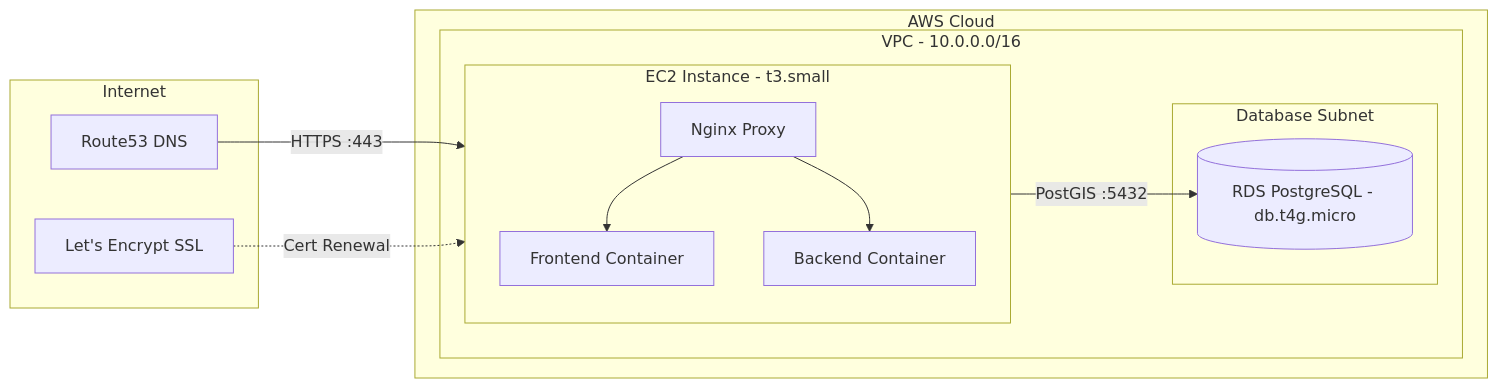
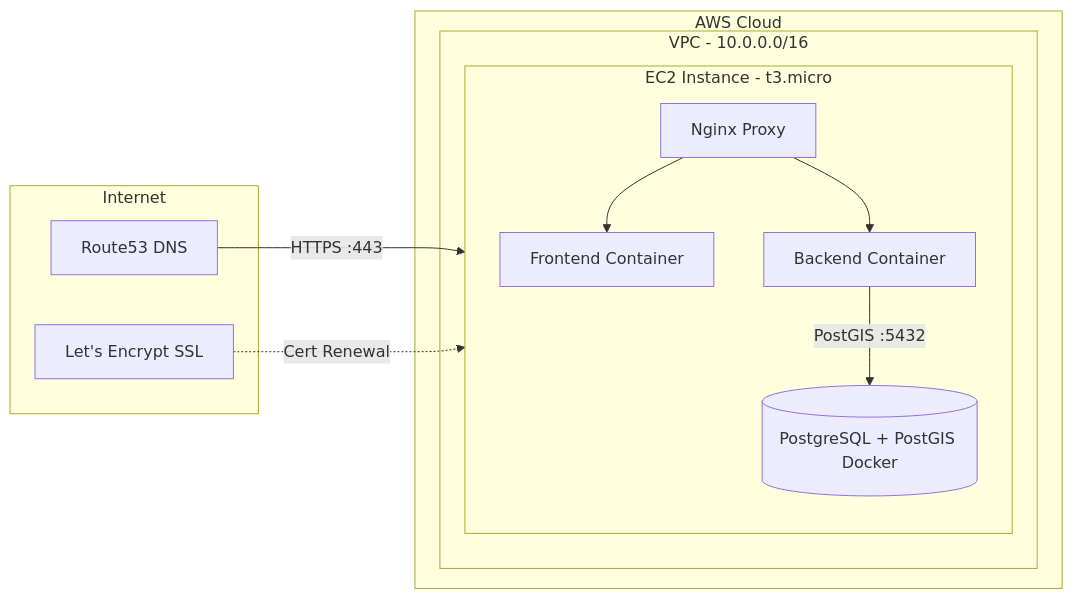
The second of 2 diagrams in README.md (kuroshio-lab/marine-species-tracker), drawn with Mermaid before and after one commit. The commit also changed other lines of this file and 6 other files, not shown here.

````diff
--- a/README.md
+++ b/README.md
@@ -76,29 +73,26 @@
 ```mermaid
 graph LR
     subgraph Public_Internet [Internet]
         DNS[Route53 DNS]
         SSL[Let's Encrypt SSL]
     end
 
     subgraph AWS_Cloud [AWS Cloud]
         subgraph VPC [VPC - 10.0.0.0/16]
-            subgraph EC2_Instance [EC2 Instance - t3.small]
+            subgraph EC2_Instance [EC2 Instance - t3.micro]
                 direction TB
                 Nginx[Nginx Proxy]
                 Frontend[Frontend Container]
                 Backend[Backend Container]
-            end
-
-            subgraph RDS_Subnet [Database Subnet]
-                RDS[(RDS PostgreSQL - db.t4g.micro)]
+                DB[(PostgreSQL + PostGIS Docker)]
             end
         end
     end
 
     %% Traffic Flow
     DNS -->|HTTPS :443| Nginx
     SSL -.->|Cert Renewal| Nginx
     Nginx --> Frontend
     Nginx --> Backend
-    Backend -->|PostGIS :5432| RDS
+    Backend -->|PostGIS :5432| DB
 ```
````
